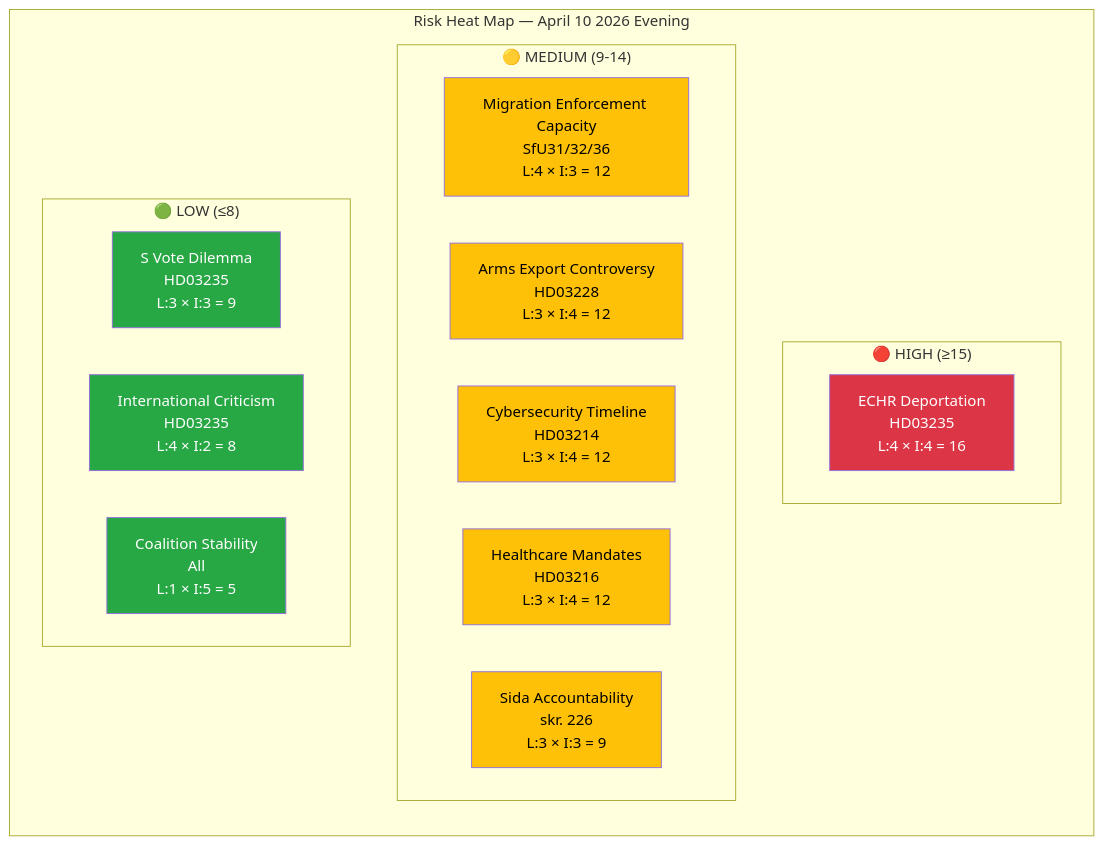
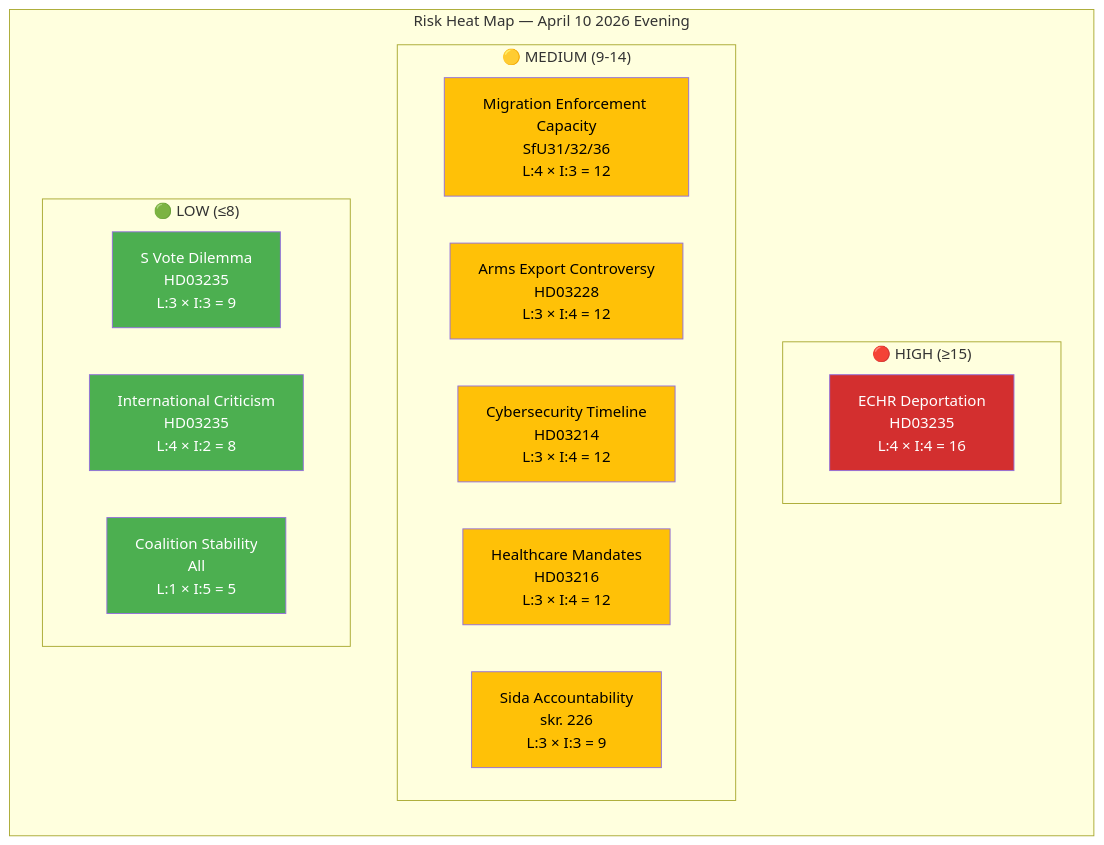
One commit to Hack23/riksdagsmonitor changed the diagram in analysis/daily/2026-04-10/evening-analysis/risk-assessment.md. Above: the diagram before and after it, drawn with Mermaid. The commit also changed 785 other files, not shown here.

First line of the commit message:
Normalize mermaid colors across 786 analysis artifacts to ISMS Style Guide palette

````diff
--- a/analysis/daily/2026-04-10/evening-analysis/risk-assessment.md
+++ b/analysis/daily/2026-04-10/evening-analysis/risk-assessment.md
@@ -16,30 +16,30 @@
 ```mermaid
 graph TD
     subgraph "Risk Heat Map — April 10 2026 Evening"
         direction TB
         subgraph "🔴 HIGH (≥15)"
             R1["ECHR Deportation<br/>HD03235<br/>L:4 × I:4 = 16"]
         end
         subgraph "🟡 MEDIUM (9-14)"
             R2["Migration Enforcement Capacity<br/>SfU31/32/36<br/>L:4 × I:3 = 12"]
             R3["Arms Export Controversy<br/>HD03228<br/>L:3 × I:4 = 12"]
             R4["Cybersecurity Timeline<br/>HD03214<br/>L:3 × I:4 = 12"]
             R5["Healthcare Mandates<br/>HD03216<br/>L:3 × I:4 = 12"]
             R6["Sida Accountability<br/>skr. 226<br/>L:3 × I:3 = 9"]
         end
         subgraph "🟢 LOW (≤8)"
             R7["S Vote Dilemma<br/>HD03235<br/>L:3 × I:3 = 9"]
             R8["International Criticism<br/>HD03235<br/>L:4 × I:2 = 8"]
             R9["Coalition Stability<br/>All<br/>L:1 × I:5 = 5"]
         end
     end
-    style R1 fill:#dc3545,color:#fff
-    style R2 fill:#ffc107,color:#000
-    style R3 fill:#ffc107,color:#000
-    style R4 fill:#ffc107,color:#000
-    style R5 fill:#ffc107,color:#000
-    style R6 fill:#ffc107,color:#000
-    style R7 fill:#28a745,color:#fff
-    style R8 fill:#28a745,color:#fff
-    style R9 fill:#28a745,color:#fff
+    style R1 fill:#D32F2F,color:#FFFFFF
+    style R2 fill:#FFC107,color:#000000
+    style R3 fill:#FFC107,color:#000000
+    style R4 fill:#FFC107,color:#000000
+    style R5 fill:#FFC107,color:#000000
+    style R6 fill:#FFC107,color:#000000
+    style R7 fill:#4CAF50,color:#FFFFFF
+    style R8 fill:#4CAF50,color:#FFFFFF
+    style R9 fill:#4CAF50,color:#FFFFFF
 ```
````
